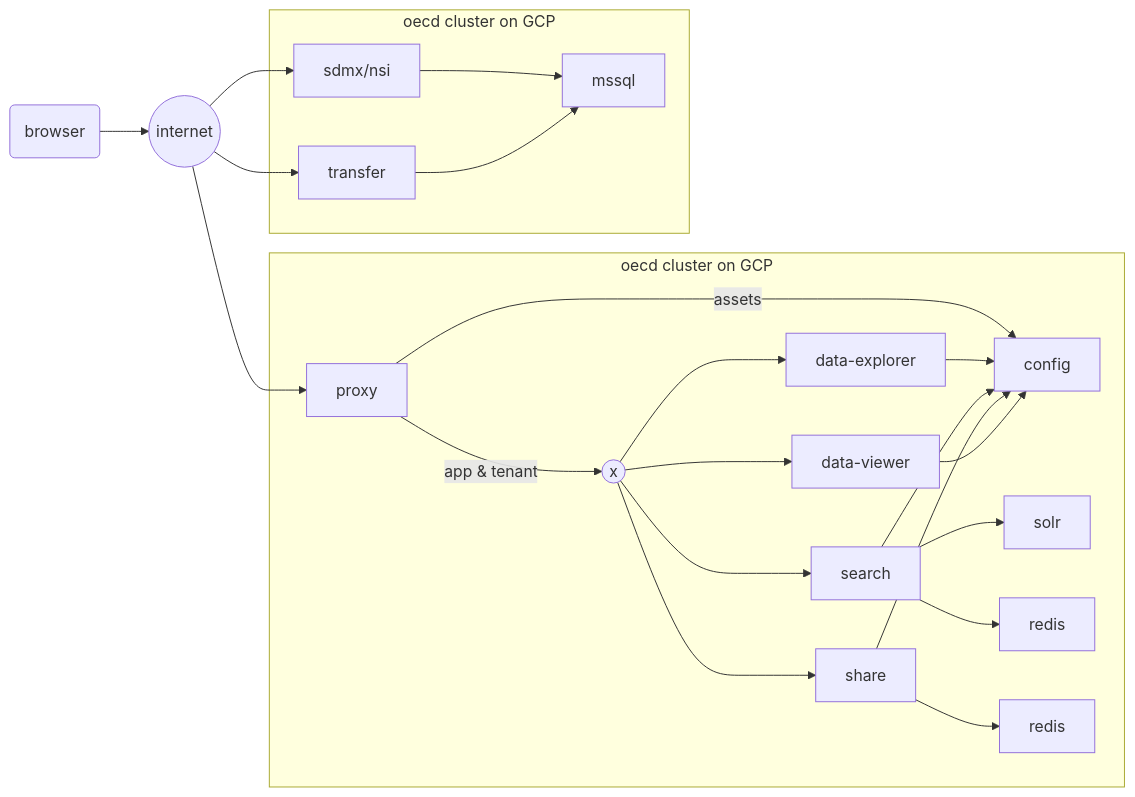
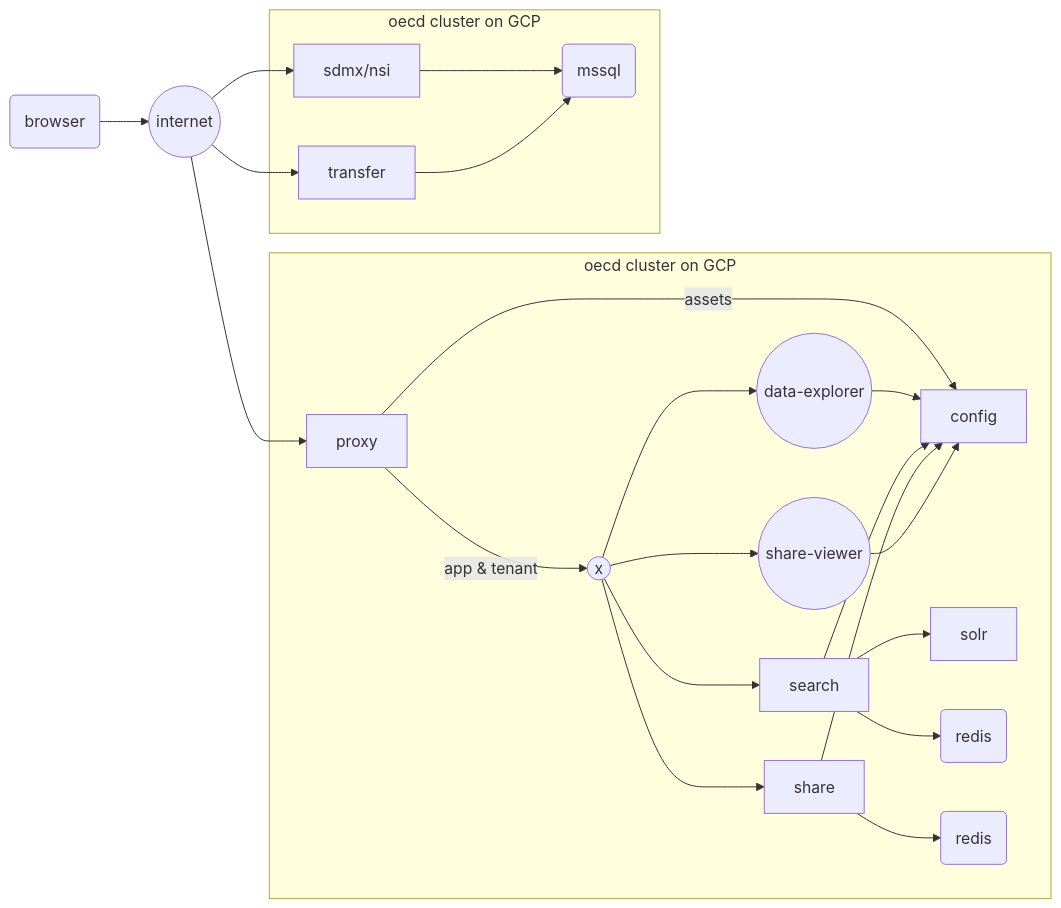
One commit to mmiranda222/.statsuite changed the fourth of 8 diagrams in content/getting started/framework.md. Above: the diagram before and after it, drawn with Mermaid. The commit also changed other lines of this file, not shown here.

````diff
--- a/content/getting started/framework.md
+++ b/content/getting started/framework.md
@@ -374,42 +385,42 @@
 ```mermaid
 graph LR
 id1(browser)
 id2((internet))
 id3[proxy]
-id4[data-explorer]
-id12[data-viewer]
+id4((data-explorer))
+id12((share-viewer))
 id5[search]
 id6[share]
 id7[config]
 id8[solr]
-id9[redis]
-id10[redis]
+id9(redis)
+id10(redis)
 id11((x))
 id13[sdmx/nsi]
 id14[transfer]
-id15[mssql]
+id15(mssql)
 
 id1 --> id2
 id2 --> id3
 subgraph oecd cluster on GCP
 id3 -->|app & tenant| id11
 id3 -->|assets| id7
 id11 --> id4
 id11 --> id5
 id11 --> id6
 id11 --> id12
 id4 --> id7
 id5 --> id7
 id5 --> id8
 id5 --> id9
 id6 --> id7
 id6 --> id10
 id12 --> id7
 end
 id2 --> id13
 id2 --> id14
 subgraph oecd cluster on GCP
 id13 --> id15
 id14 --> id15
 end
 ```
````
